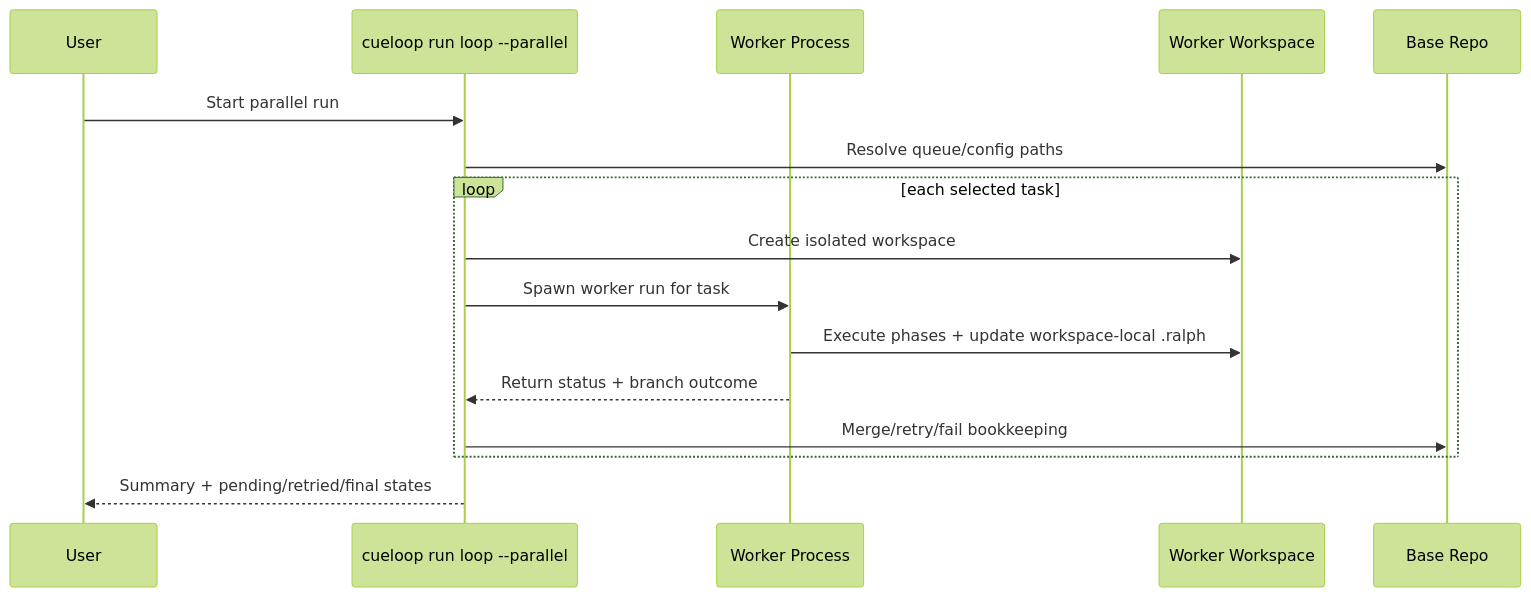
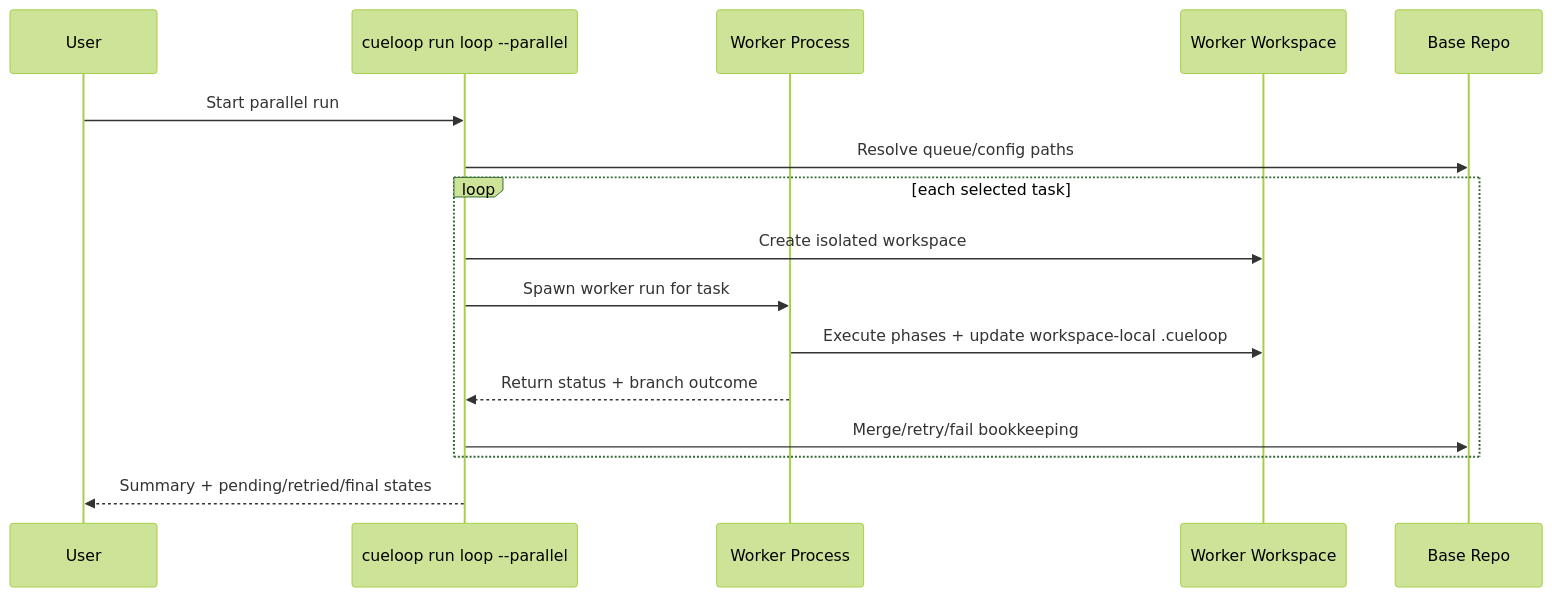
One commit to fitchmultz/cueloop changed the first of 2 diagrams in docs/architecture.md. Above: the diagram before and after it, drawn with Mermaid (forest theme). The commit also changed other lines of this file and 664 other files, not shown here.

````diff
--- a/docs/architecture.md
+++ b/docs/architecture.md
@@ -92,19 +92,19 @@
 ```mermaid
 sequenceDiagram
   participant User
   participant Coordinator as cueloop run loop --parallel
   participant Worker as Worker Process
   participant Workspace as Worker Workspace
   participant Repo as Base Repo
 
   User->>Coordinator: Start parallel run
   Coordinator->>Repo: Resolve queue/config paths
   loop each selected task
     Coordinator->>Workspace: Create isolated workspace
     Coordinator->>Worker: Spawn worker run for task
-    Worker->>Workspace: Execute phases + update workspace-local .ralph
+    Worker->>Workspace: Execute phases + update workspace-local .cueloop
     Worker-->>Coordinator: Return status + branch outcome
     Coordinator->>Repo: Merge/retry/fail bookkeeping
   end
   Coordinator-->>User: Summary + pending/retried/final states
 ```
````
